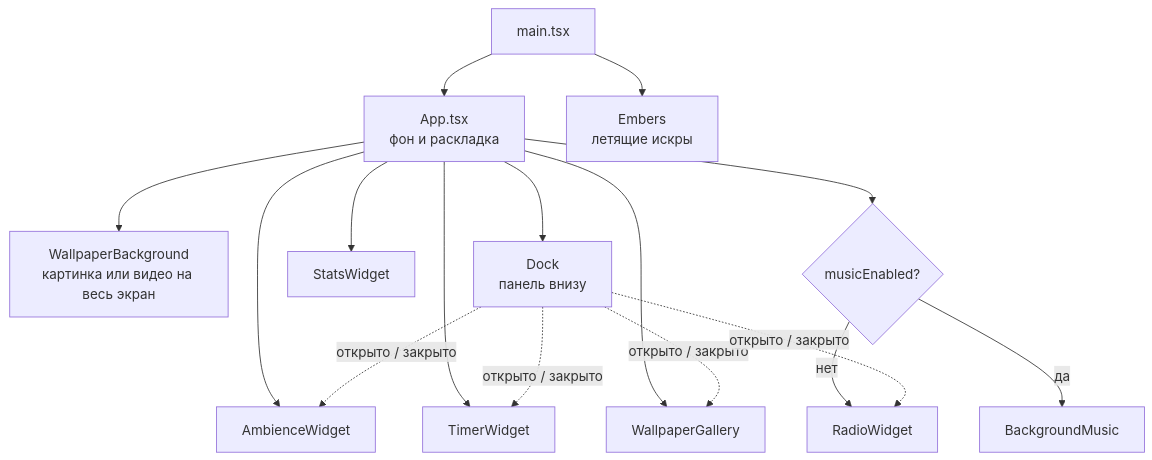
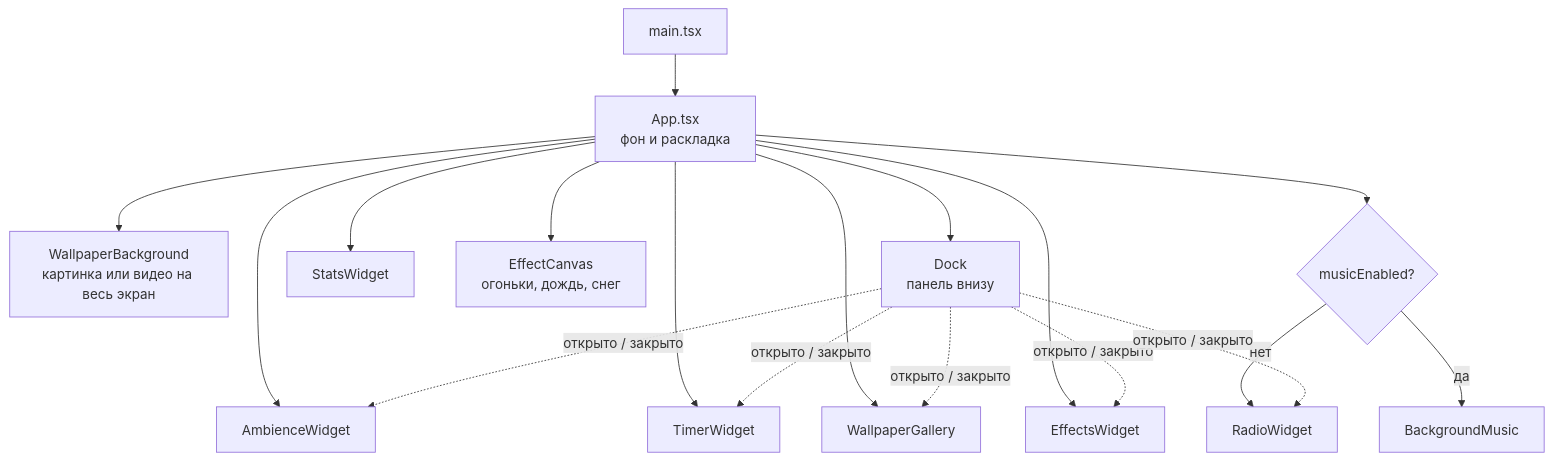
The diagram in docs/widgets.md (kagulion/tempo), drawn with Mermaid before and after one commit. The commit also changed other lines of this file and 14 other files, not shown here.

Commit message:
feat: add effects widget with embers, rain and snow

````diff
--- a/docs/widgets.md
+++ b/docs/widgets.md
@@ -7,15 +7,16 @@
 ```mermaid
 flowchart TD
     main[main.tsx] --> App[App.tsx<br/>фон и раскладка]
-    main --> Embers[Embers<br/>летящие искры]
     App --> Img[WallpaperBackground<br/>картинка или видео на весь экран]
     App --> Dock[Dock<br/>панель внизу]
     App --> AW[AmbienceWidget]
     App --> TW[TimerWidget]
     App --> SW[StatsWidget]
     App --> WS[WallpaperGallery]
+    App --> EW[EffectsWidget]
+    App --> FX[EffectCanvas<br/>огоньки, дождь, снег]
     App --> R{musicEnabled?}
     R -- нет --> RW[RadioWidget]
     R -- да --> BM[BackgroundMusic]
-    Dock -. открыто / закрыто .-> AW & TW & WS & RW
+    Dock -. открыто / закрыто .-> AW & TW & WS & EW & RW
 ```
````
